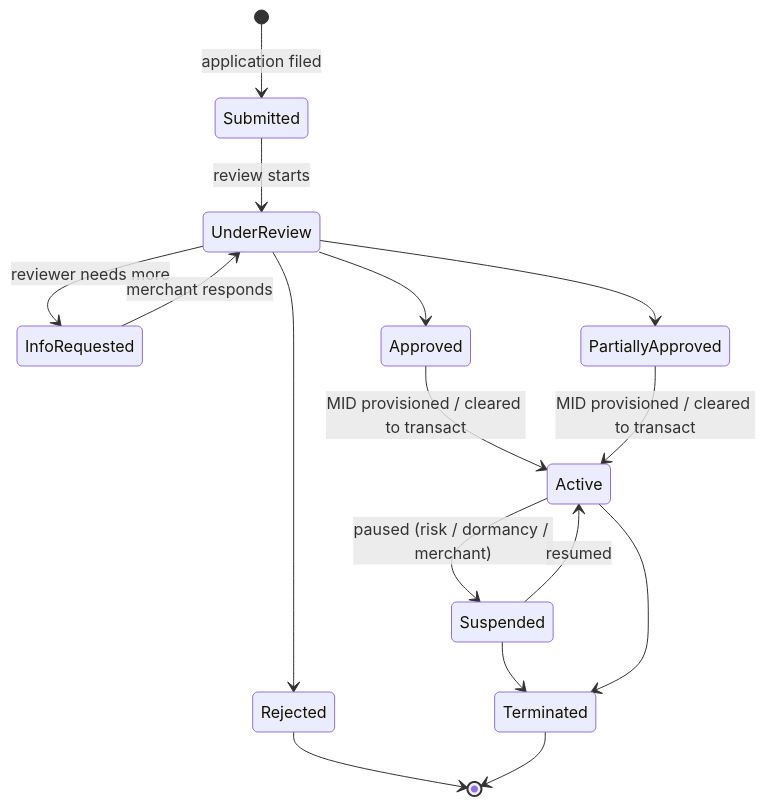
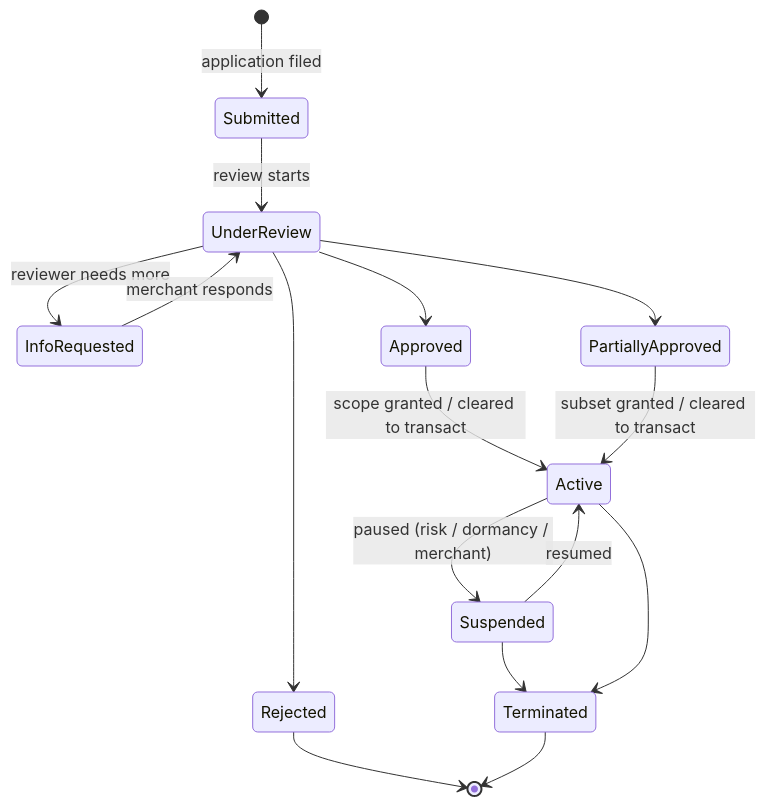
The diagram in content/blogs/2026-04-21-payment-capability-onboarding/index.md (yanomic/yanomic.github.io), drawn with Mermaid before and after one commit. The commit also changed other lines of this file, not shown here.

````diff
--- a/content/blogs/2026-04-21-payment-capability-onboarding/index.md
+++ b/content/blogs/2026-04-21-payment-capability-onboarding/index.md
@@ -57,18 +90,18 @@
 ```mermaid
 stateDiagram-v2
     [*] --> Submitted: application filed
     Submitted --> UnderReview: review starts
     UnderReview --> InfoRequested: reviewer needs more
     InfoRequested --> UnderReview: merchant responds
     UnderReview --> Approved
     UnderReview --> PartiallyApproved
     UnderReview --> Rejected
-    Approved --> Active: MID provisioned / cleared to transact
-    PartiallyApproved --> Active: MID provisioned / cleared to transact
+    Approved --> Active: scope granted / cleared to transact
+    PartiallyApproved --> Active: subset granted / cleared to transact
     Active --> Suspended: paused (risk / dormancy / merchant)
     Suspended --> Active: resumed
     Suspended --> Terminated
     Active --> Terminated
     Rejected --> [*]
     Terminated --> [*]
 ```
````
